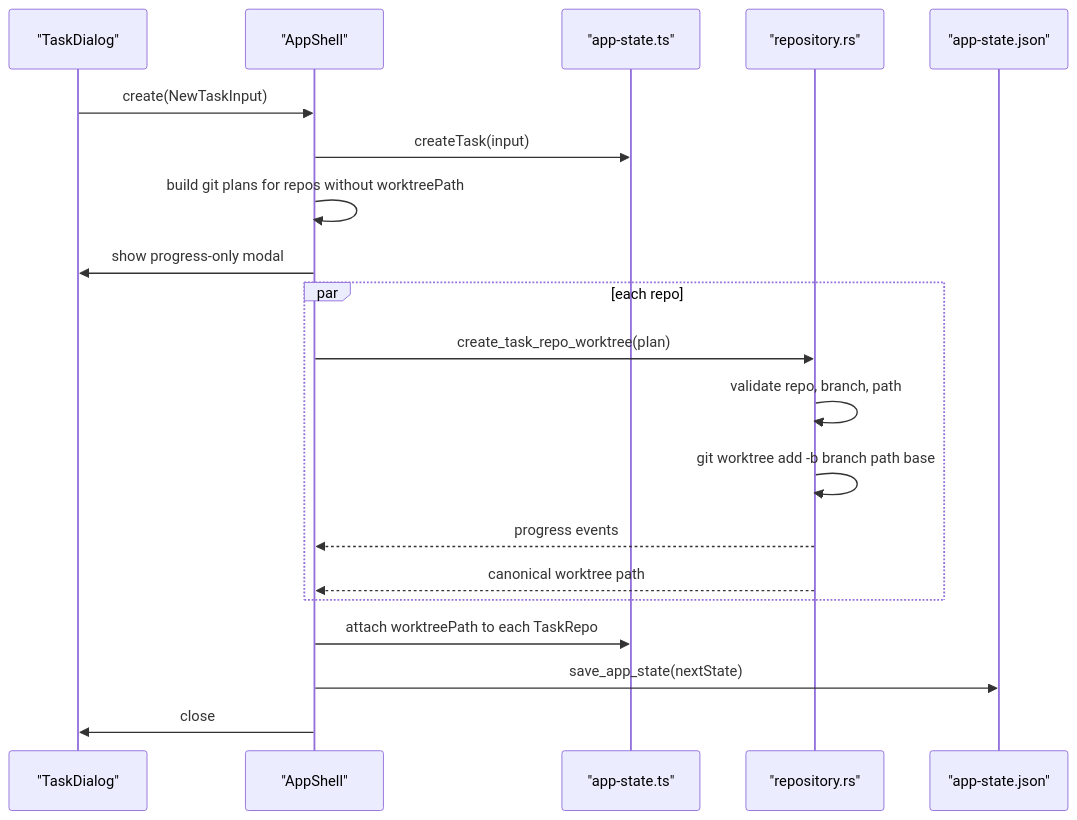
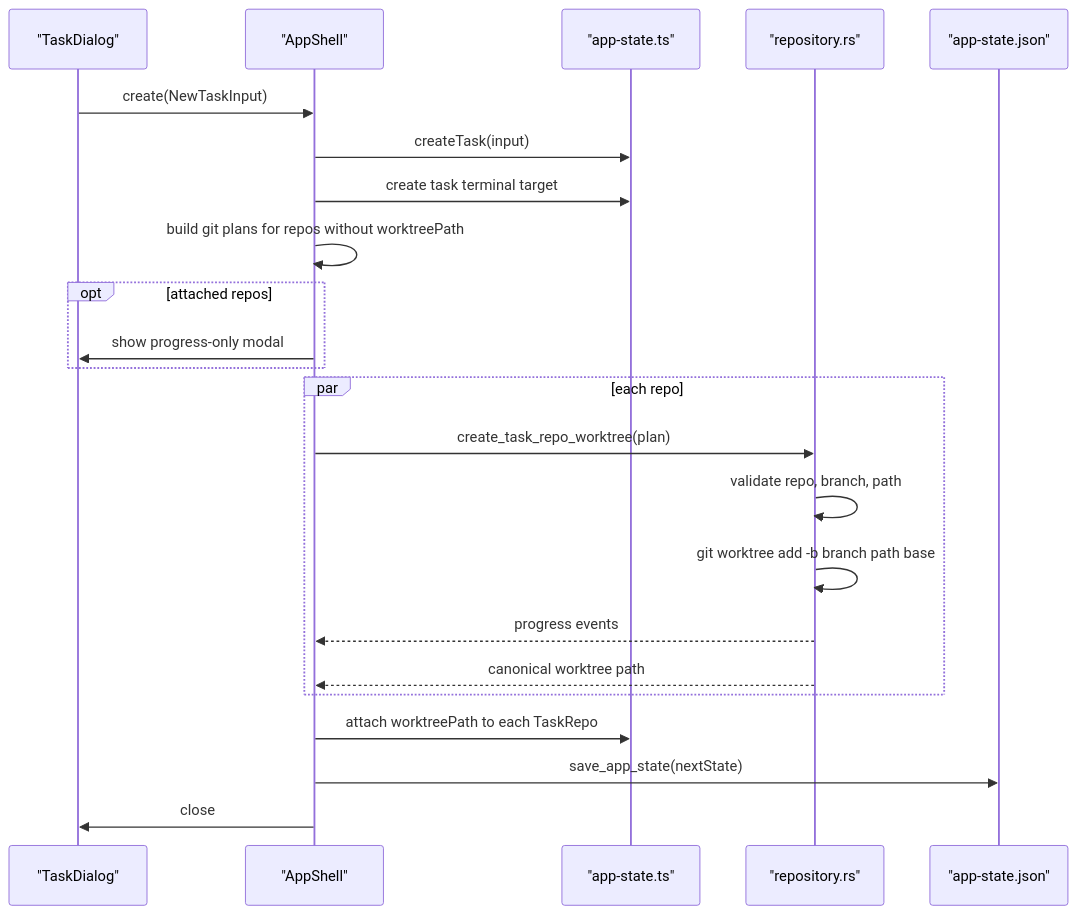
Before and after one commit to gh0stonio/pinata: the ninth of 12 diagrams in docs/architecture.md, drawn with Mermaid. The commit also changed other lines of this file and 8 other files, not shown here.

Commit message:
Document task terminal model

````diff
--- a/docs/architecture.md
+++ b/docs/architecture.md
@@ -541,23 +564,26 @@
 ```mermaid
 sequenceDiagram
     participant dialog as "TaskDialog"
     participant shell as "AppShell"
     participant state as "app-state.ts"
     participant rust as "repository.rs"
     participant file as "app-state.json"
 
     dialog->>shell: create(NewTaskInput)
     shell->>state: createTask(input)
+    shell->>state: create task terminal target
     shell->>shell: build git plans for repos without worktreePath
-    shell->>dialog: show progress-only modal
+    opt attached repos
+        shell->>dialog: show progress-only modal
+    end
     par each repo
         shell->>rust: create_task_repo_worktree(plan)
         rust->>rust: validate repo, branch, path
         rust->>rust: git worktree add -b branch path base
         rust-->>shell: progress events
         rust-->>shell: canonical worktree path
     end
     shell->>state: attach worktreePath to each TaskRepo
     shell->>file: save_app_state(nextState)
     shell->>dialog: close
 ```
````
